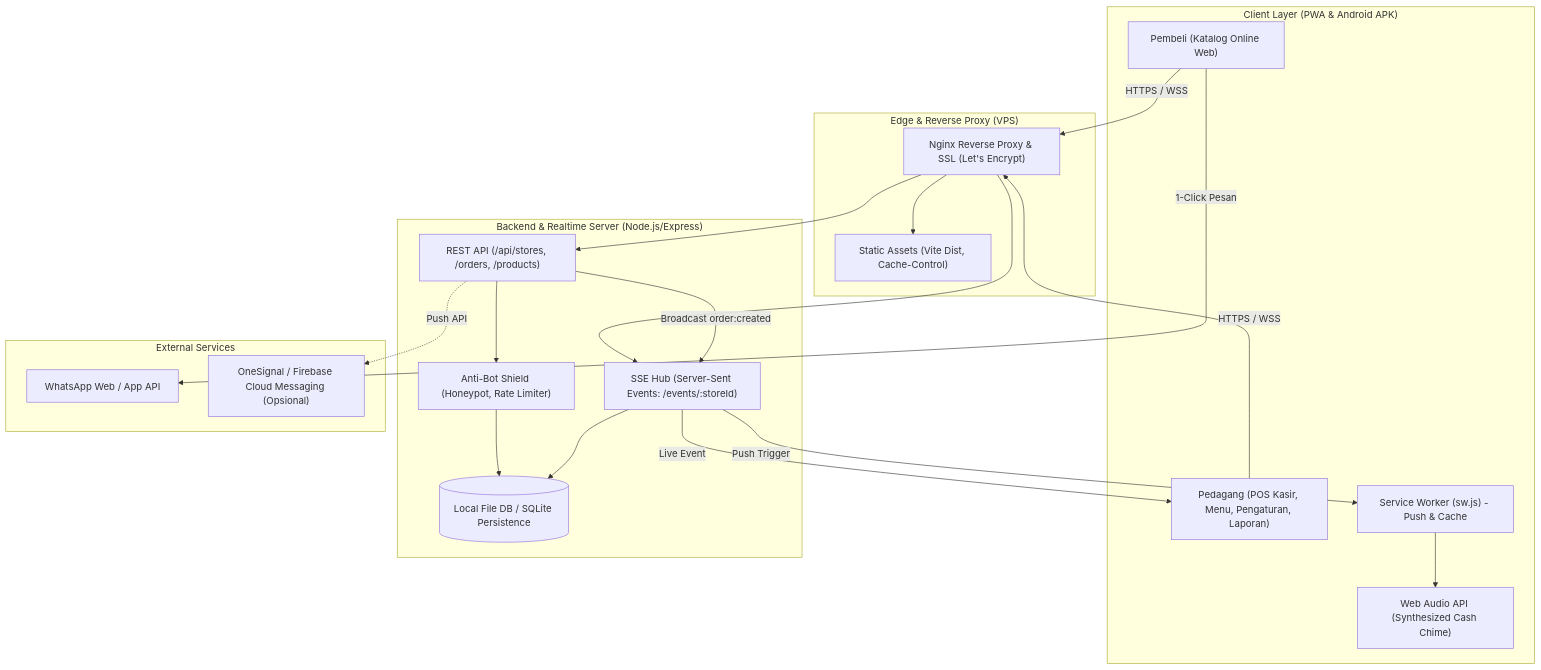
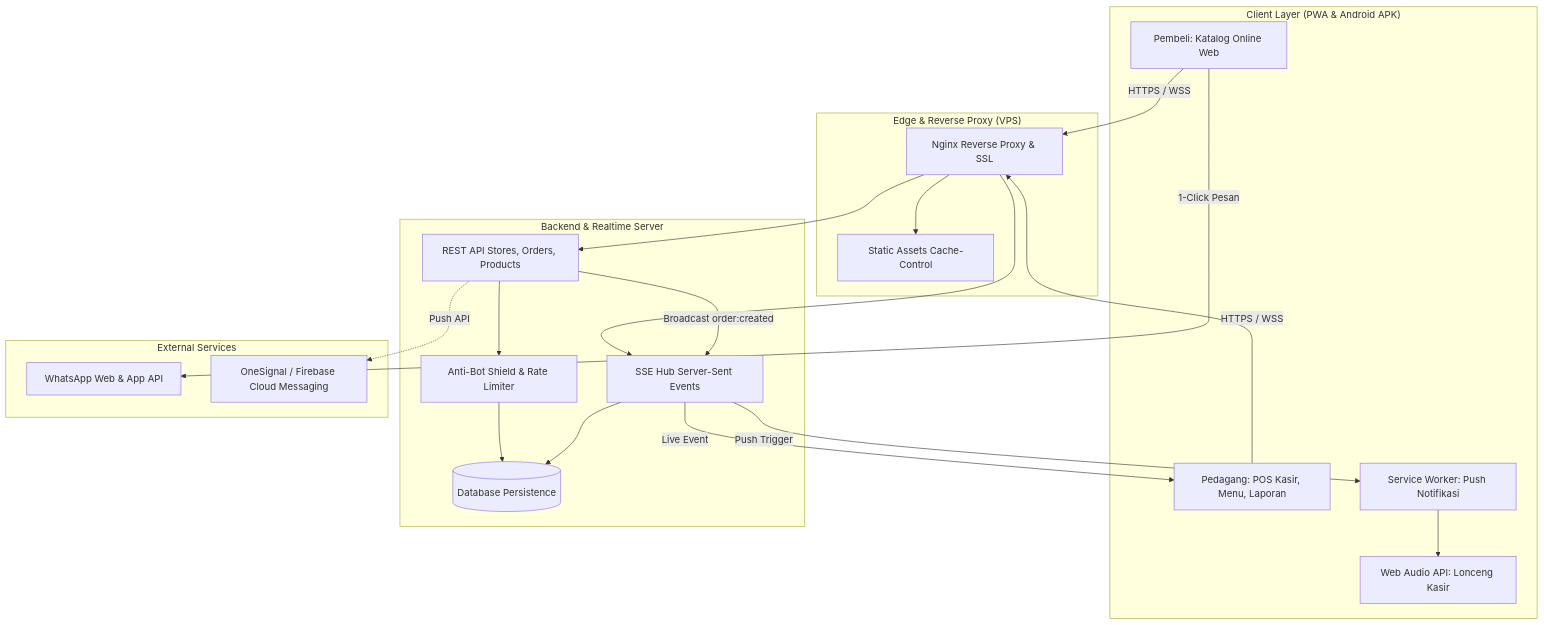
Before and after one commit to MohammadNasrullohh/lapakinku: the first of 4 diagrams in README.md, drawn with Mermaid. The commit also changed other lines of this file, not shown here.

Commit message:
fix(docs): optimize Mermaid flowcharts syntax for GitHub renderer

````diff
--- a/README.md
+++ b/README.md
@@ -60,41 +60,41 @@
 ```mermaid
-graph TD
-    subgraph Client ["Client Layer (PWA & Android APK)"]
-        BuyerUI["Pembeli (Katalog Online Web)"]
-        MerchantUI["Pedagang (POS Kasir, Menu, Pengaturan, Laporan)"]
-        SW["Service Worker (sw.js) - Push & Cache"]
-        AudioEngine["Web Audio API (Synthesized Cash Chime)"]
+flowchart TD
+    subgraph Client["Client Layer (PWA & Android APK)"]
+        BuyerUI["Pembeli: Katalog Online Web"]
+        MerchantUI["Pedagang: POS Kasir, Menu, Laporan"]
+        SW["Service Worker: Push Notifikasi"]
+        AudioEngine["Web Audio API: Lonceng Kasir"]
     end
 
-    subgraph Edge ["Edge & Reverse Proxy (VPS)"]
-        Nginx["Nginx Reverse Proxy & SSL (Let's Encrypt)"]
-        NginxStatic["Static Assets (Vite Dist, Cache-Control)"]
+    subgraph Edge["Edge & Reverse Proxy (VPS)"]
+        Nginx["Nginx Reverse Proxy & SSL"]
+        NginxStatic["Static Assets Cache-Control"]
     end
 
-    subgraph Backend ["Backend & Realtime Server (Node.js/Express)"]
-        API["REST API (/api/stores, /orders, /products)"]
-        SSEHub["SSE Hub (Server-Sent Events: /events/:storeId)"]
-        AntiBot["Anti-Bot Shield (Honeypot, Rate Limiter)"]
-        DB[(Local File DB / SQLite Persistence)]
+    subgraph Backend["Backend & Realtime Server"]
+        API["REST API Stores, Orders, Products"]
+        SSEHub["SSE Hub Server-Sent Events"]
+        AntiBot["Anti-Bot Shield & Rate Limiter"]
+        DB[("Database Persistence")]
     end
 
-    subgraph External ["External Services"]
-        WA["WhatsApp Web / App API"]
-        OS_FCM["OneSignal / Firebase Cloud Messaging (Opsional)"]
+    subgraph External["External Services"]
+        WA["WhatsApp Web & App API"]
+        OS_FCM["OneSignal / Firebase Cloud Messaging"]
     end
 
     BuyerUI -->|HTTPS / WSS| Nginx
     MerchantUI -->|HTTPS / WSS| Nginx
     Nginx --> NginxStatic
     Nginx --> API
     Nginx --> SSEHub
     API --> AntiBot --> DB
     SSEHub --> DB
 
     BuyerUI -->|1-Click Pesan| WA
     API -->|Broadcast order:created| SSEHub
     SSEHub -->|Live Event| MerchantUI
     SSEHub -->|Push Trigger| SW
     SW --> AudioEngine
     API -.->|Push API| OS_FCM
 ```
````
